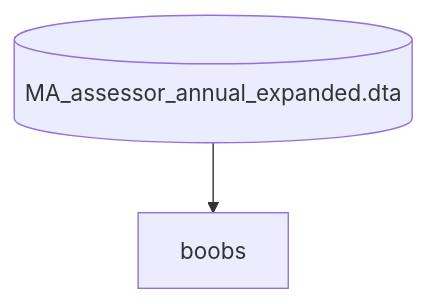
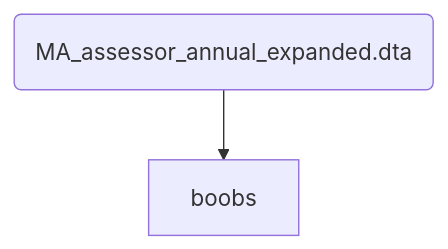
One commit to nchiumenti/boston_zoning changed the second of 5 diagrams in code/data_setup/README.md. Above: the diagram before and after it, drawn with Mermaid.

````diff
--- a/code/data_setup/README.md
+++ b/code/data_setup/README.md
@@ -64,6 +64,6 @@
 ```mermaid
 flowchart TD
-  A[(MA_assessor_annual_expanded.dta)];
+  A(MA_assessor_annual_expanded.dta);
   B[boobs];
   A --> B;
 ```
````
